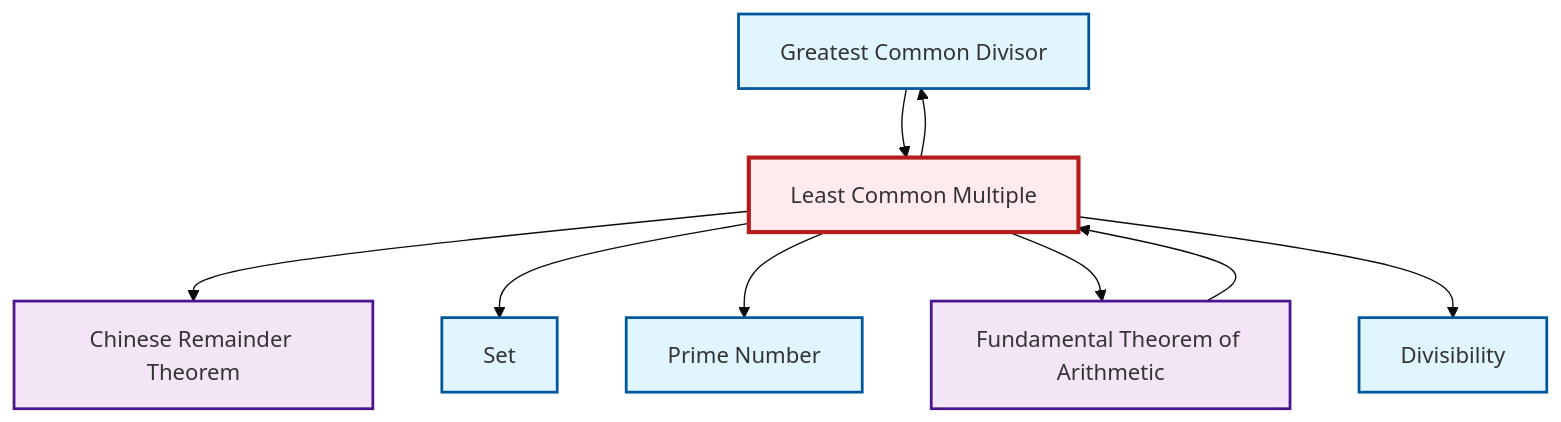
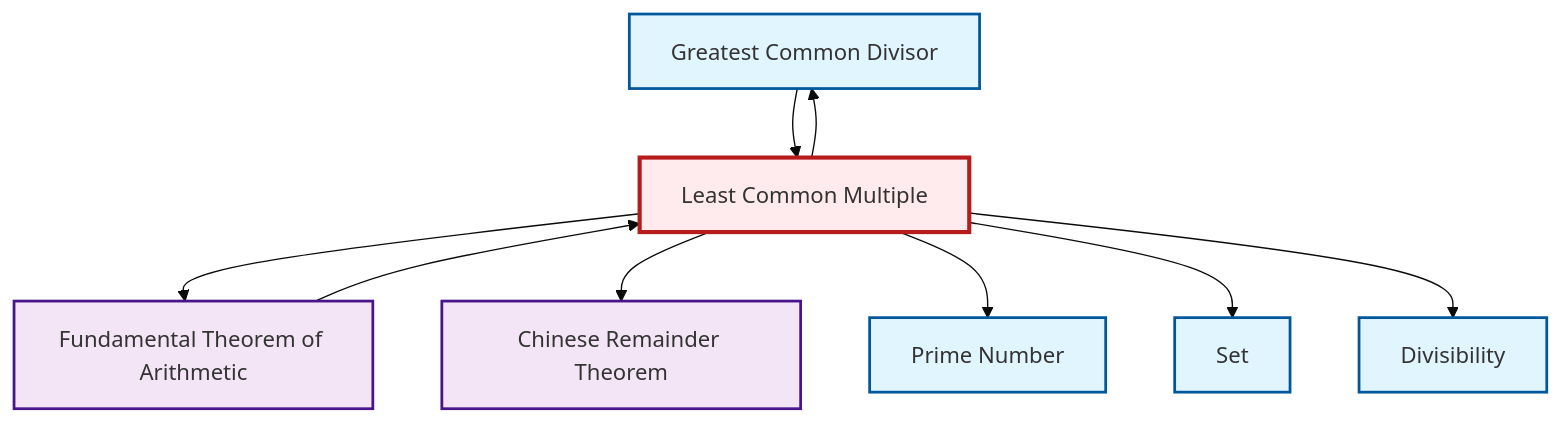
One commit to RK0429/ModernMath changed the diagram in output/mermaid/en/def-lcm.mermaid. Above: the diagram before and after it, drawn with Mermaid (base theme). The commit also changed other lines of this file and 3325 other files, not shown here.

```diff
--- a/output/mermaid/en/def-lcm.mermaid
+++ b/output/mermaid/en/def-lcm.mermaid
@@ -1,22 +1,22 @@
 graph TD
     classDef definition fill:#e1f5fe,stroke:#01579b,stroke-width:2px
     classDef theorem fill:#f3e5f5,stroke:#4a148c,stroke-width:2px
     classDef axiom fill:#fff3e0,stroke:#e65100,stroke-width:2px
     classDef example fill:#e8f5e9,stroke:#1b5e20,stroke-width:2px
     classDef current fill:#ffebee,stroke:#b71c1c,stroke-width:3px
+    def-gcd["Greatest Common Divisor"]:::definition
+    thm-fundamental-arithmetic["Fundamental Theorem of Arithmetic"]:::theorem
     def-set["Set"]:::definition
     def-prime["Prime Number"]:::definition
     def-divisibility["Divisibility"]:::definition
-    def-gcd["Greatest Common Divisor"]:::definition
-    thm-fundamental-arithmetic["Fundamental Theorem of Arithmetic"]:::theorem
     thm-chinese-remainder["Chinese Remainder Theorem"]:::theorem
     def-lcm["Least Common Multiple"]:::definition
+    def-lcm --> thm-fundamental-arithmetic
     def-lcm --> thm-chinese-remainder
+    def-lcm --> def-prime
+    def-gcd --> def-lcm
     def-lcm --> def-set
-    def-lcm --> def-prime
-    def-lcm --> thm-fundamental-arithmetic
     thm-fundamental-arithmetic --> def-lcm
+    def-lcm --> def-divisibility
     def-lcm --> def-gcd
-    def-gcd --> def-lcm
-    def-lcm --> def-divisibility
     class def-lcm current
```
